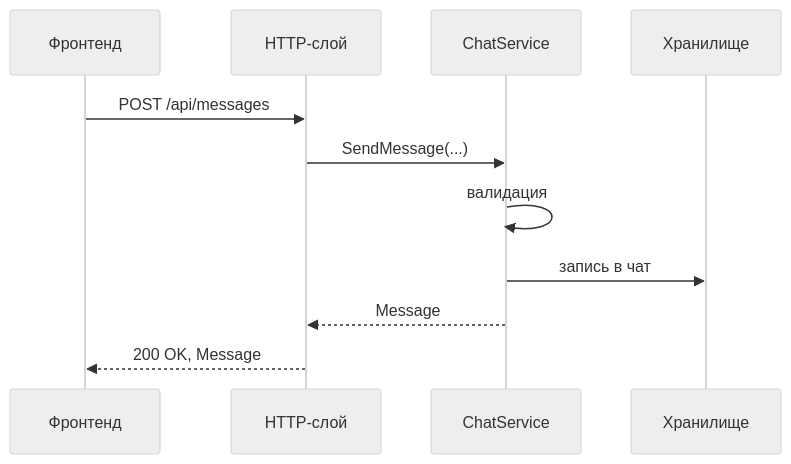
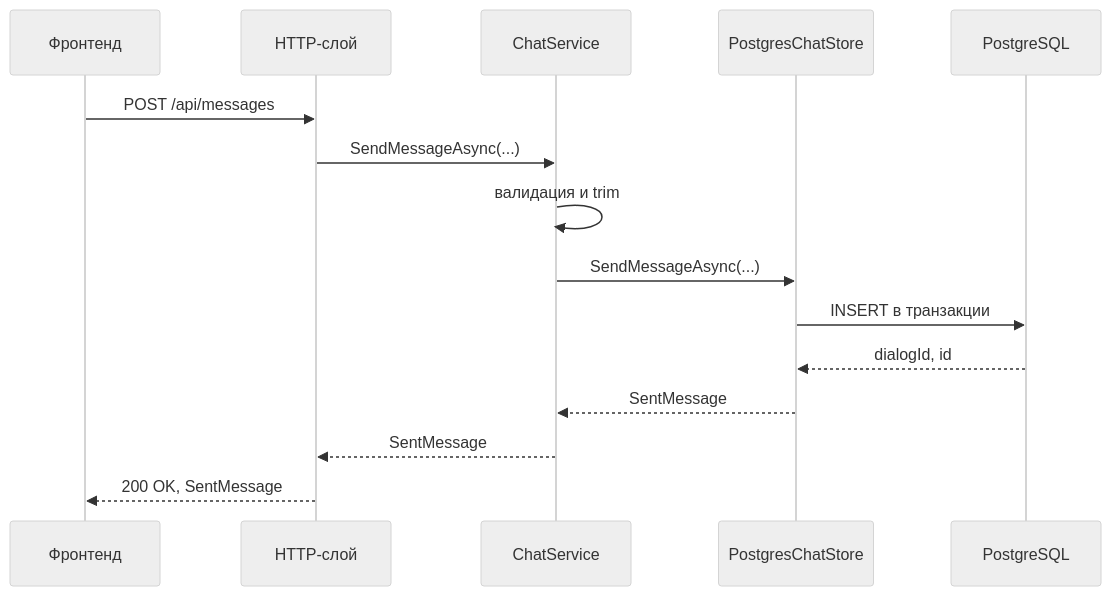
Before and after one commit to is-aidd-26/plain-old-messenger: the diagram in docs/architecture/4-send-message.md, drawn with Mermaid (neutral theme). The commit also changed other lines of this file and 23 other files, not shown here.

````diff
--- a/docs/architecture/4-send-message.md
+++ b/docs/architecture/4-send-message.md
@@ -5,14 +5,18 @@
 ```mermaid
 sequenceDiagram
     participant SPA as Фронтенд
     participant API as HTTP-слой
     participant Svc as ChatService
-    participant Store as Хранилище
+    participant Store as PostgresChatStore
+    participant DB as PostgreSQL
 
     SPA->>API: POST /api/messages
-    API->>Svc: SendMessage(...)
-    Svc->>Svc: валидация
-    Svc->>Store: запись в чат
-    Svc-->>API: Message
-    API-->>SPA: 200 OK, Message
+    API->>Svc: SendMessageAsync(...)
+    Svc->>Svc: валидация и trim
+    Svc->>Store: SendMessageAsync(...)
+    Store->>DB: INSERT в транзакции
+    DB-->>Store: dialogId, id
+    Store-->>Svc: SentMessage
+    Svc-->>API: SentMessage
+    API-->>SPA: 200 OK, SentMessage
 ```
````
